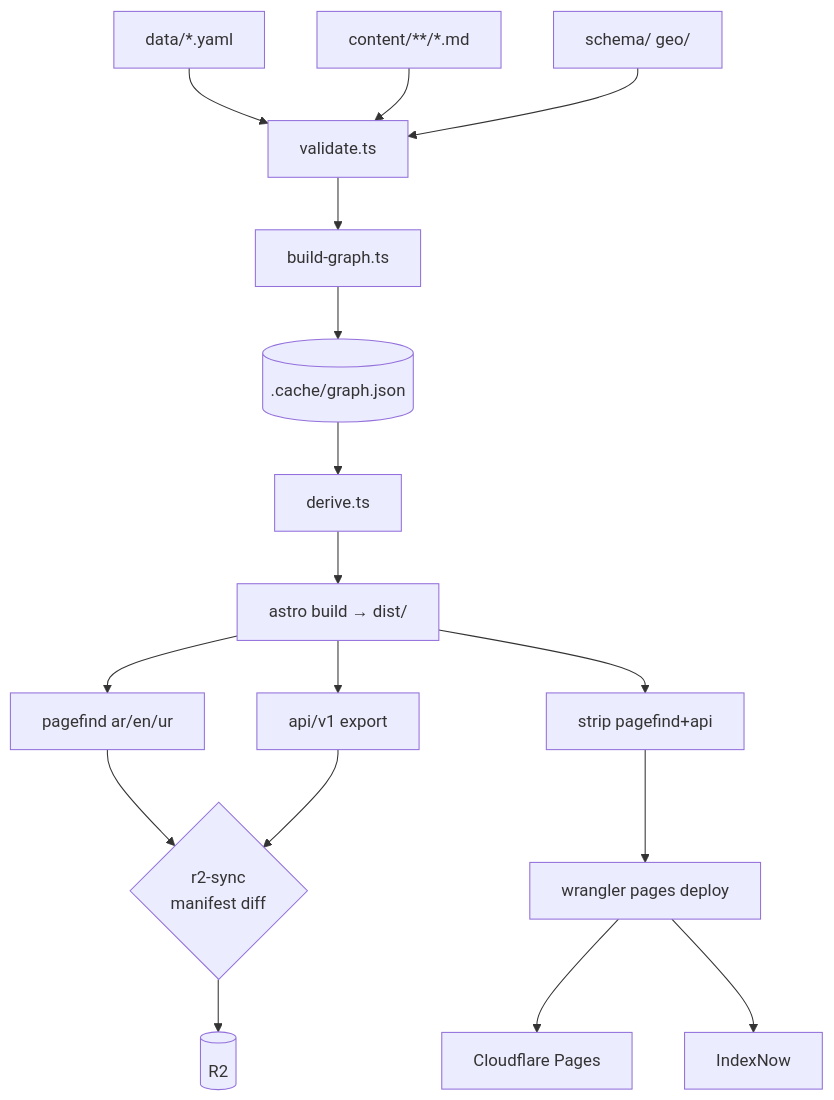
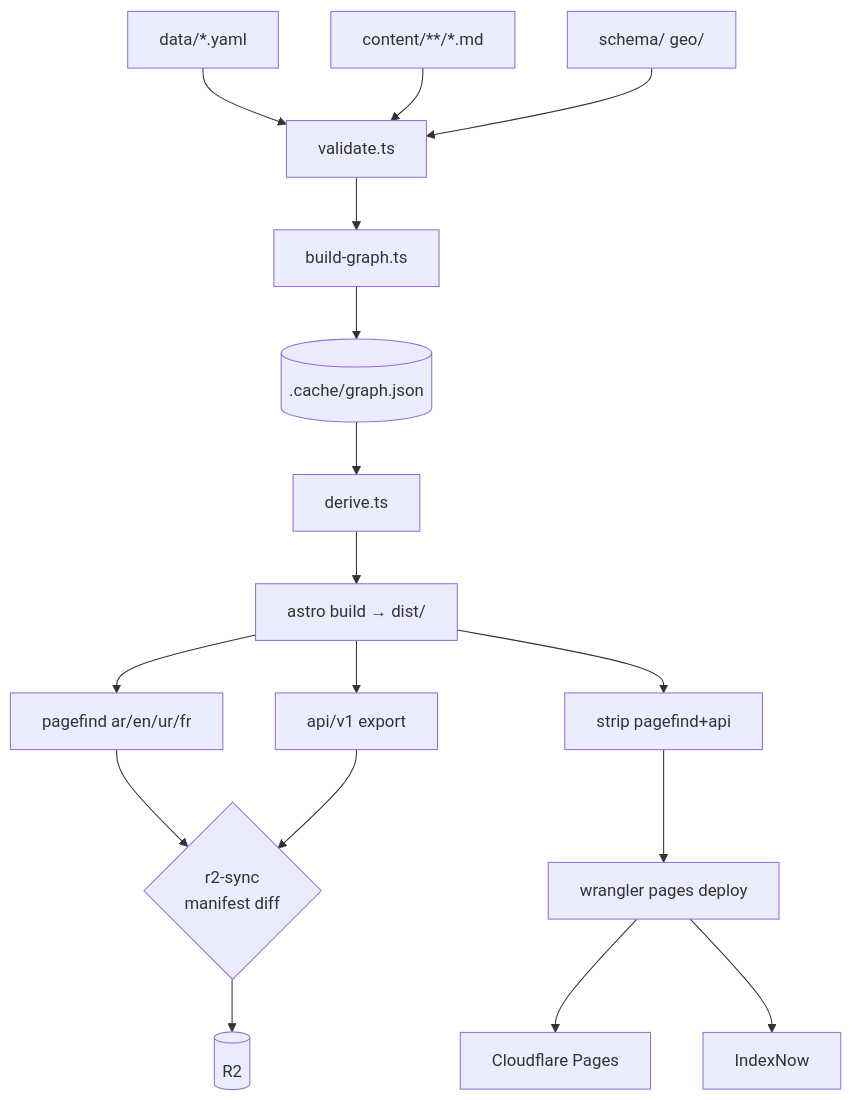
The second of 8 diagrams in docs/engineering/diagrams.md (amado2k5/islam-museum), drawn with Mermaid before and after one commit. The commit also changed other lines of this file and 75 other files, not shown here.

````diff
--- a/docs/engineering/diagrams.md
+++ b/docs/engineering/diagrams.md
@@ -32,17 +32,17 @@
 ```mermaid
 flowchart TD
     D[data/*.yaml] & C[content/**/*.md] & S[schema/ geo/] --> V[validate.ts]
     V --> BG[build-graph.ts]
     BG --> GJ[(.cache/graph.json)]
     GJ --> DV[derive.ts]
     DV --> AB[astro build → dist/]
-    AB --> PF[pagefind ar/en/ur]
+    AB --> PF[pagefind ar/en/ur/fr]
     AB --> API[api/v1 export]
     PF --> R2S{r2-sync<br/>manifest diff}
     API --> R2S
     R2S --> R2[(R2)]
     AB --> STRIP[strip pagefind+api]
     STRIP --> DEP[wrangler pages deploy]
     DEP --> CFP[Cloudflare Pages]
     DEP --> IN[IndexNow]
 ```
````
